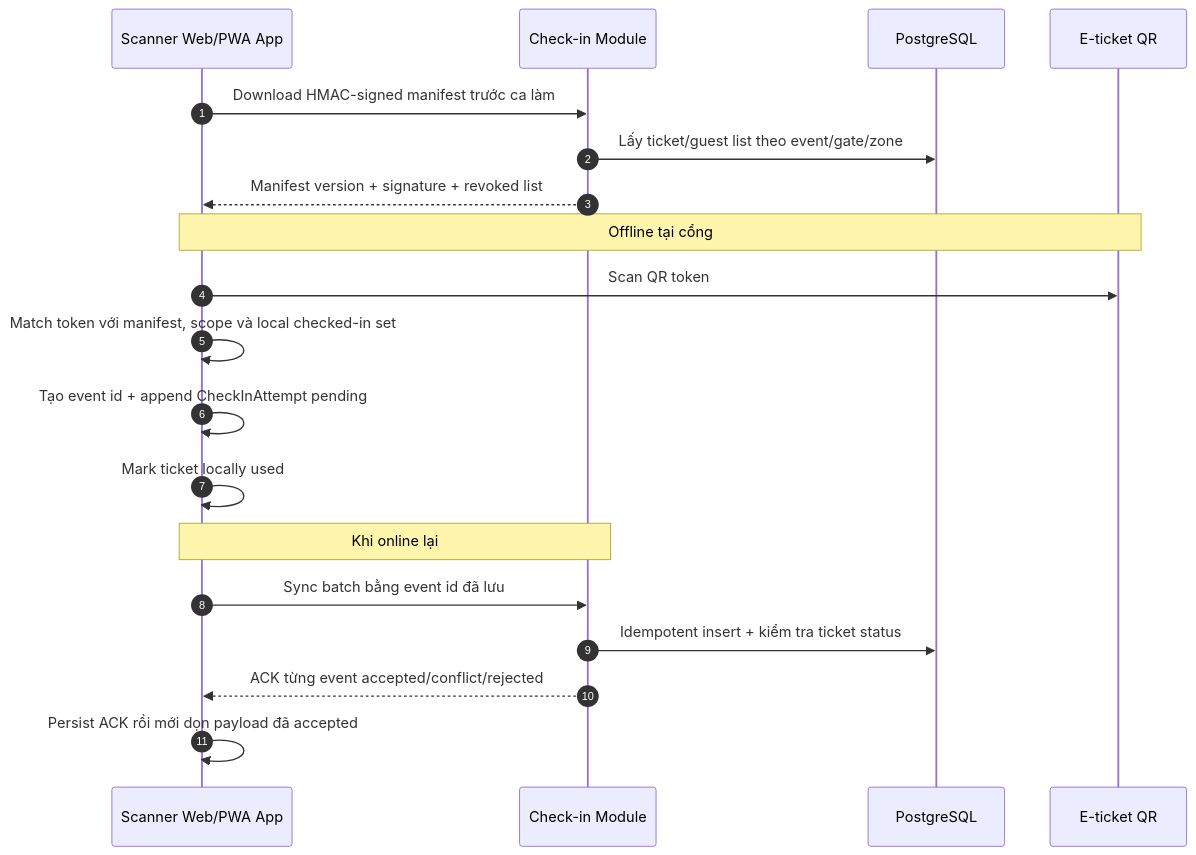
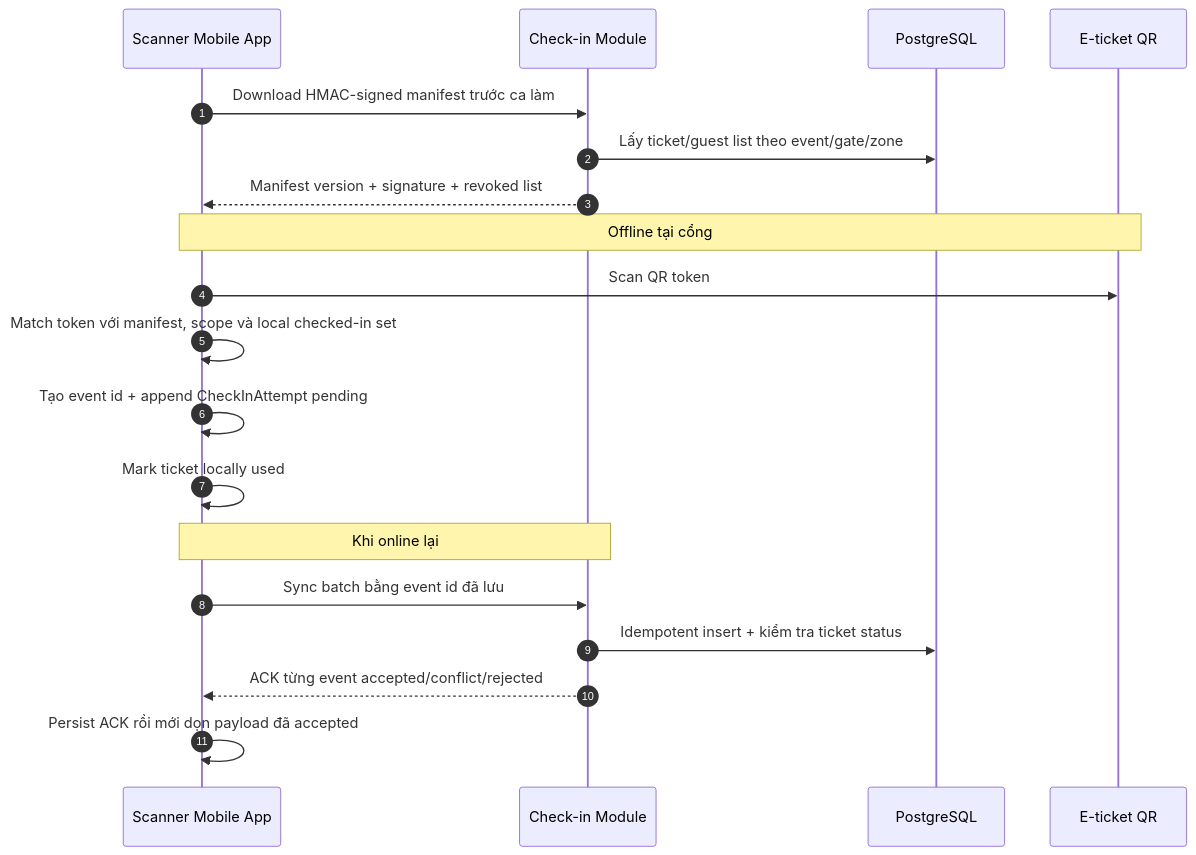
Before and after one commit to Toanapr/ticket-box: the second of 5 diagrams in blueprint/05-business-flows.md, drawn with Mermaid. The commit also changed other lines of this file and 57 other files, not shown here.

````diff
--- a/blueprint/05-business-flows.md
+++ b/blueprint/05-business-flows.md
@@ -55,24 +55,24 @@
 ```mermaid
 sequenceDiagram
     autonumber
-    participant App as Scanner Web/PWA App
+    participant App as Scanner Mobile App
     participant Checkin as Check-in Module
     participant DB as PostgreSQL
     participant QR as E-ticket QR
 
     App->>Checkin: Download HMAC-signed manifest trước ca làm
     Checkin->>DB: Lấy ticket/guest list theo event/gate/zone
     Checkin-->>App: Manifest version + signature + revoked list
 
     Note over App,QR: Offline tại cổng
     App->>QR: Scan QR token
     App->>App: Match token với manifest, scope và local checked-in set
     App->>App: Tạo event id + append CheckInAttempt pending
     App->>App: Mark ticket locally used
 
     Note over App,Checkin: Khi online lại
     App->>Checkin: Sync batch bằng event id đã lưu
     Checkin->>DB: Idempotent insert + kiểm tra ticket status
     Checkin-->>App: ACK từng event accepted/conflict/rejected
     App->>App: Persist ACK rồi mới dọn payload đã accepted
 ```
````
